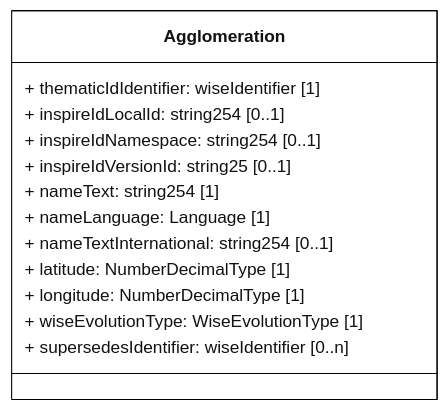
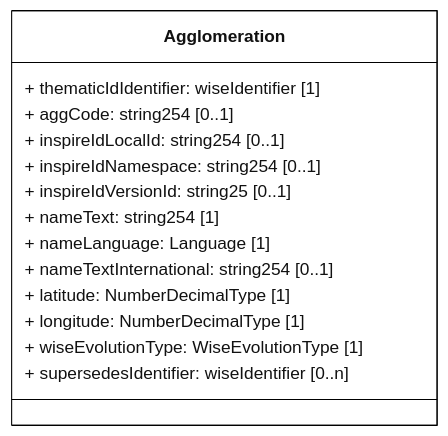
The diagram in docs/rUWWTD2024/SpatialPoints/mmd/SpatialPoints_Agglomeration_ClassDiagram.mmd (eeadata/WISE.UWWTD.Documentation), drawn with Mermaid before and after one commit. The commit also changed 12 other files, not shown here.

```diff
--- a/docs/rUWWTD2024/SpatialPoints/mmd/SpatialPoints_Agglomeration_ClassDiagram.mmd
+++ b/docs/rUWWTD2024/SpatialPoints/mmd/SpatialPoints_Agglomeration_ClassDiagram.mmd
@@ -1,25 +1,26 @@
 ---
 config:
   class:
     hideEmptyMembersBox: true
   layout: dagre
   theme: neutral
 ---
 classDiagram
 direction LR
 class Agglomeration {
     + thematicIdIdentifier: wiseIdentifier [1]
+    + aggCode: string254 [0..1]
     + inspireIdLocalId: string254 [0..1]
     + inspireIdNamespace: string254 [0..1]
     + inspireIdVersionId: string25 [0..1]
     + nameText: string254 [1]
     + nameLanguage: Language [1]
     + nameTextInternational: string254 [0..1]
     + latitude: NumberDecimalType [1]
     + longitude: NumberDecimalType [1]
     + wiseEvolutionType: WiseEvolutionType [1]
     + supersedesIdentifier: wiseIdentifier [0..n]
 }
 
 classDef default fill:white,stroke:#000;
 classDef forFixing fill:white,stroke:#f00;
```
